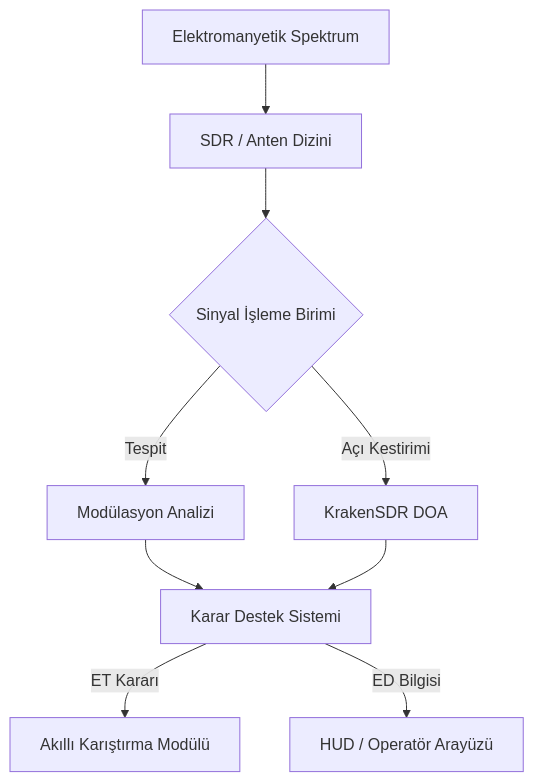
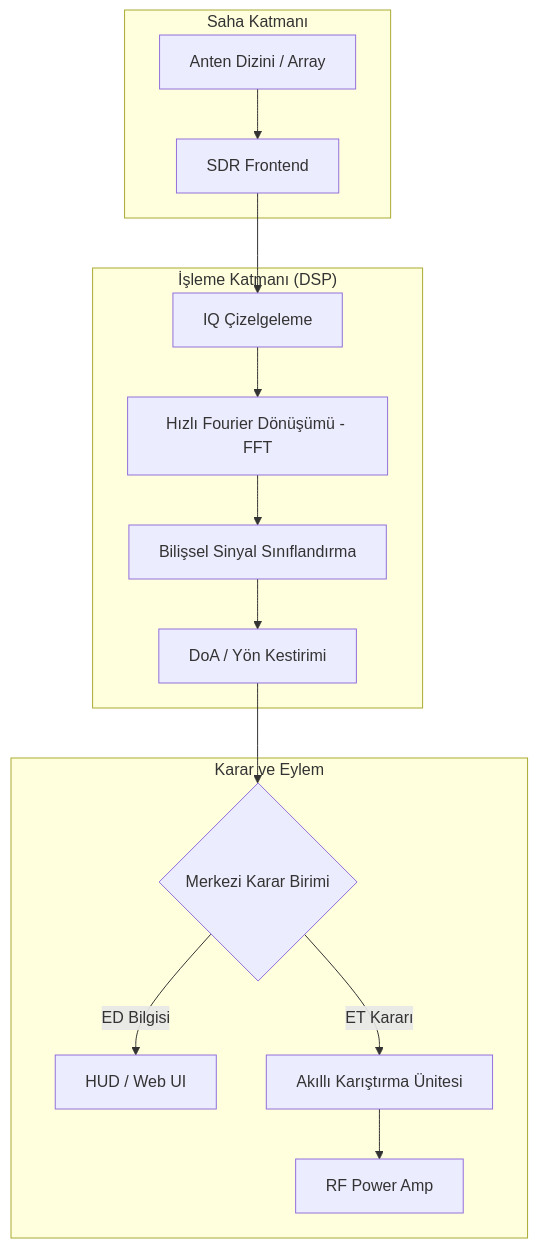
One commit to bahattinyunus/E-Warfare-Nexus changed the diagram in README.md. Above: the diagram before and after it, drawn with Mermaid. The commit also changed other lines of this file and 37 other files, not shown here.

````diff
--- a/README.md
+++ b/README.md
@@ -40,11 +82,20 @@
 ```mermaid
 graph TD
-    A[Elektromanyetik Spektrum] --> B[SDR / Anten Dizini]
-    B --> C{Sinyal İşleme Birimi}
-    C -->|Tespit| D[Modülasyon Analizi]
-    C -->|Açı Kestirimi| E[KrakenSDR DOA]
-    D --> F[Karar Destek Sistemi]
-    E --> F
-    F -->|ET Kararı| G[Akıllı Karıştırma Modülü]
-    F -->|ED Bilgisi| H[HUD / Operatör Arayüzü]
+    subgraph "Saha Katmanı"
+        A[Anten Dizini / Array] --> B[SDR Frontend]
+    end
+    
+    subgraph "İşleme Katmanı (DSP)"
+        B --> C[IQ Çizelgeleme]
+        C --> D[Hızlı Fourier Dönüşümü - FFT]
+        D --> E[Bilişsel Sinyal Sınıflandırma]
+        E --> F[DoA / Yön Kestirimi]
+    end
+    
+    subgraph "Karar ve Eylem"
+        F --> G{Merkezi Karar Birimi}
+        G -->|ED Bilgisi| H[HUD / Web UI]
+        G -->|ET Kararı| I[Akıllı Karıştırma Ünitesi]
+        I --> J[RF Power Amp]
+    end
 ```
````
